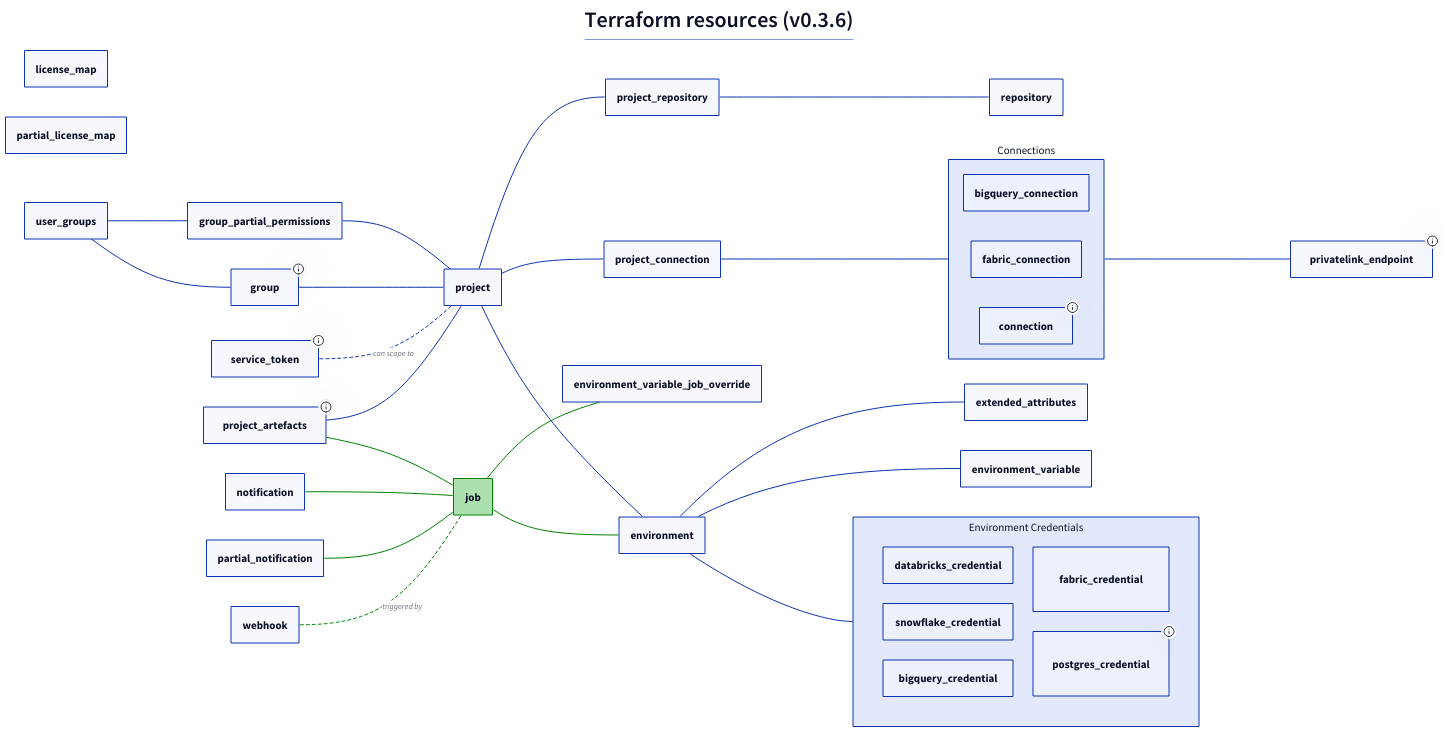
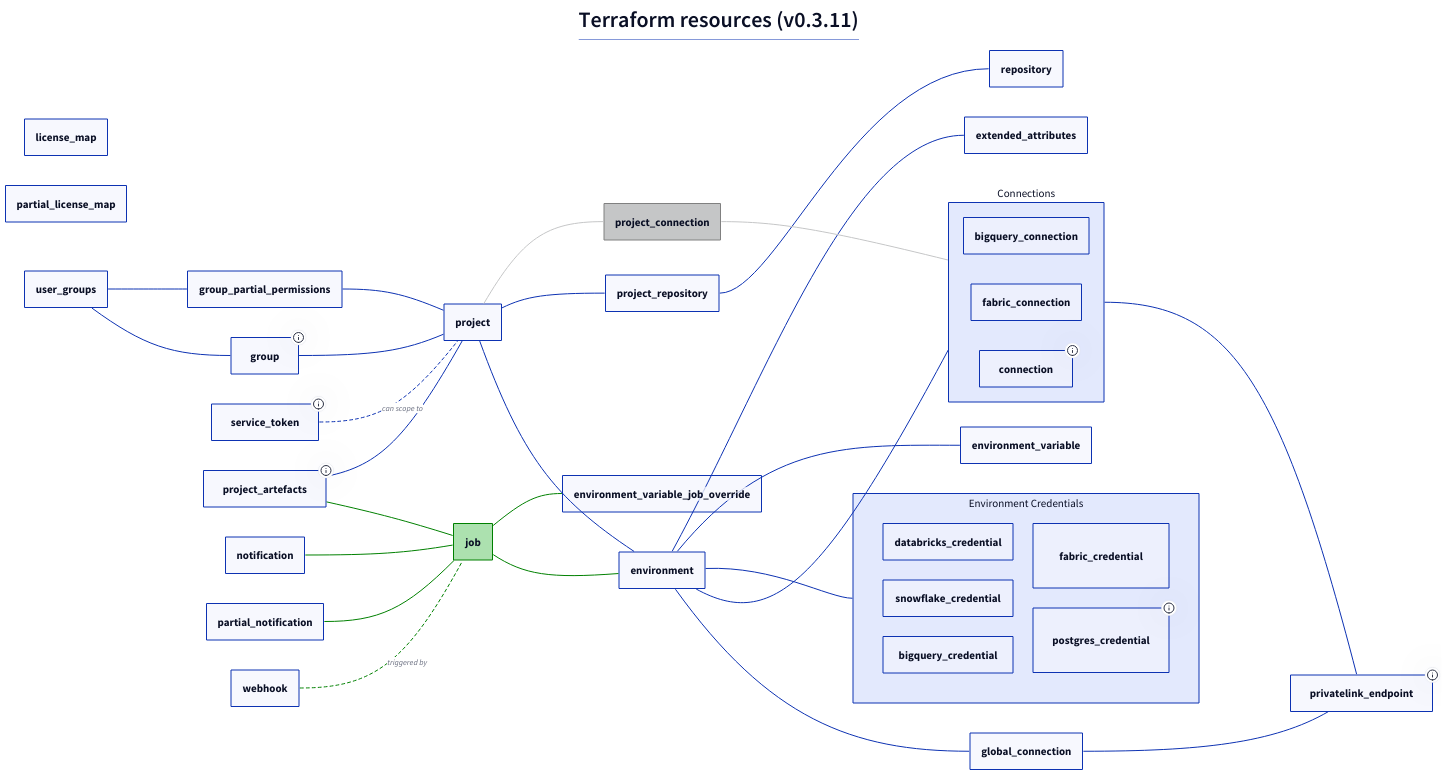
One commit to dbt-labs/terraform-provider-dbtcloud changed the diagram in terraform_resources.d2. Above: the diagram before and after it, drawn with D2. The commit also changed 6 other files, not shown here.

```diff
--- a/terraform_resources.d2
+++ b/terraform_resources.d2
@@ -1,73 +1,93 @@
 *.style.font-size: 22
 *.*.style.font-size: 22
 
 title: |md
-  # Terraform resources (v0.3.6)
+  # Terraform resources (v0.3.11)
 | {near: top-center}
 
 direction: right
 
 
 license_map
 partial_license_map
+
+project_connection: {
+  style: {
+    fill: "#C5C6C7"
+    stroke: grey
+  }
+}
 
 privatelink_endpoint: {tooltip: Datasource only}
 group: {tooltip: Group permissions as well}
 group_partial_permissions
 service_token: {tooltip: Permissions as well}
 project_artefacts: {tooltip: For setting the project docs and source freshness}
 job: {
   style: {
     fill: "#ACE1AF"
     stroke: green
   }
 }
 
 conns: Connections {
   bigquery_connection
   fabric_connection
   connection: {tooltip: Works for Snowflake, Redshift, Postgres and Databricks}
 }
 
 env_creds: Environment Credentials {
   grid-columns: 2
   databricks_credential
   snowflake_credential
   bigquery_credential
   fabric_credential
   postgres_credential: {tooltip: Is used for Redshift as well}
 }
 
 service_token -- project: can scope to {
   style: {
     stroke-dash: 3
   }
 }
 group -- project
 group_partial_permissions -- project
 user_groups -- group
 user_groups -- group_partial_permissions
 project -- environment
 job -- environment
 job -- environment_variable_job_override
 notification -- job
 partial_notification -- job
 project_artefacts -- job
 
 project_artefacts -- project
 webhook -- job: triggered by {
   style: {
     stroke-dash: 3
   }
 }
+environment -- global_connection
+environment -- conns
+global_connection -- privatelink_endpoint
+
 environment -- env_creds
-project -- project_connection
-project_connection -- conns
 conns -- privatelink_endpoint
 project -- project_repository
 project_repository -- repository
 environment -- environment_variable
 environment -- extended_attributes
 
+project -- project_connection {
+  style: {
+    stroke: "#C5C6C7"
+  }
+}
+project_connection -- conns {
+  style: {
+    stroke: "#C5C6C7"
+  }
+}
+
 (job -- *)[*].style.stroke: green
 (* -- job)[*].style.stroke: green
```
